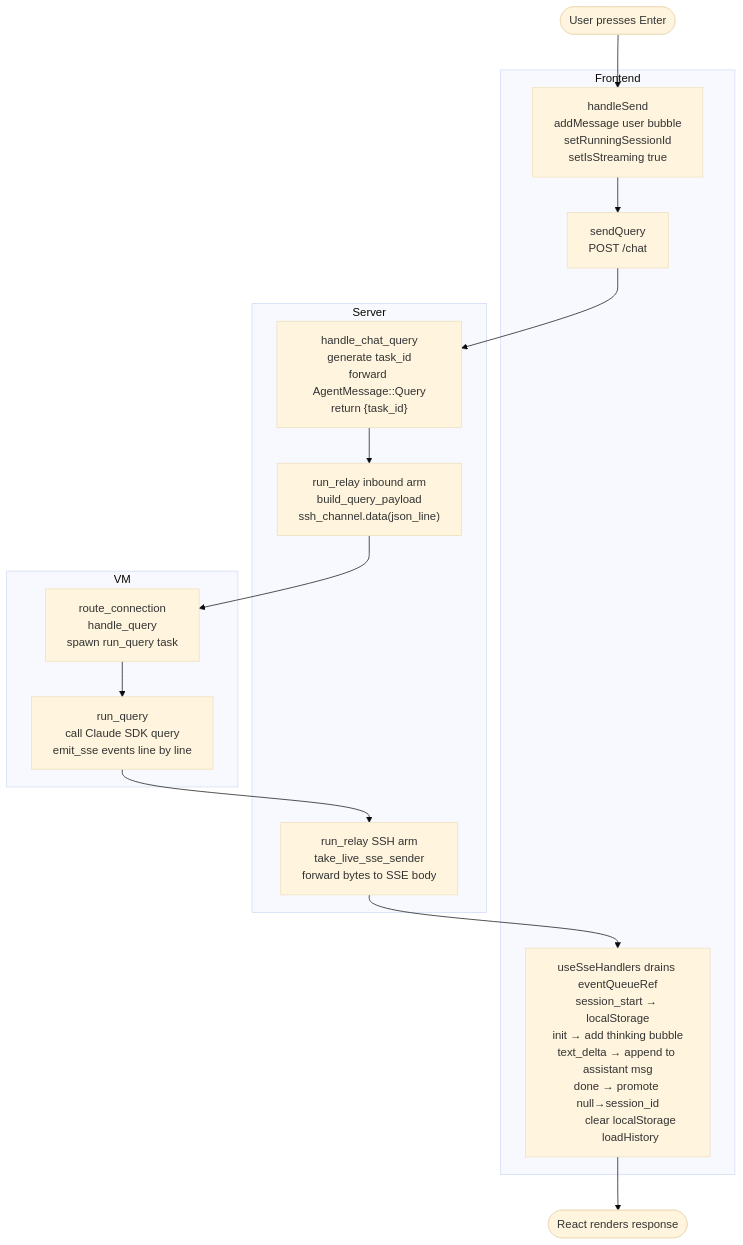
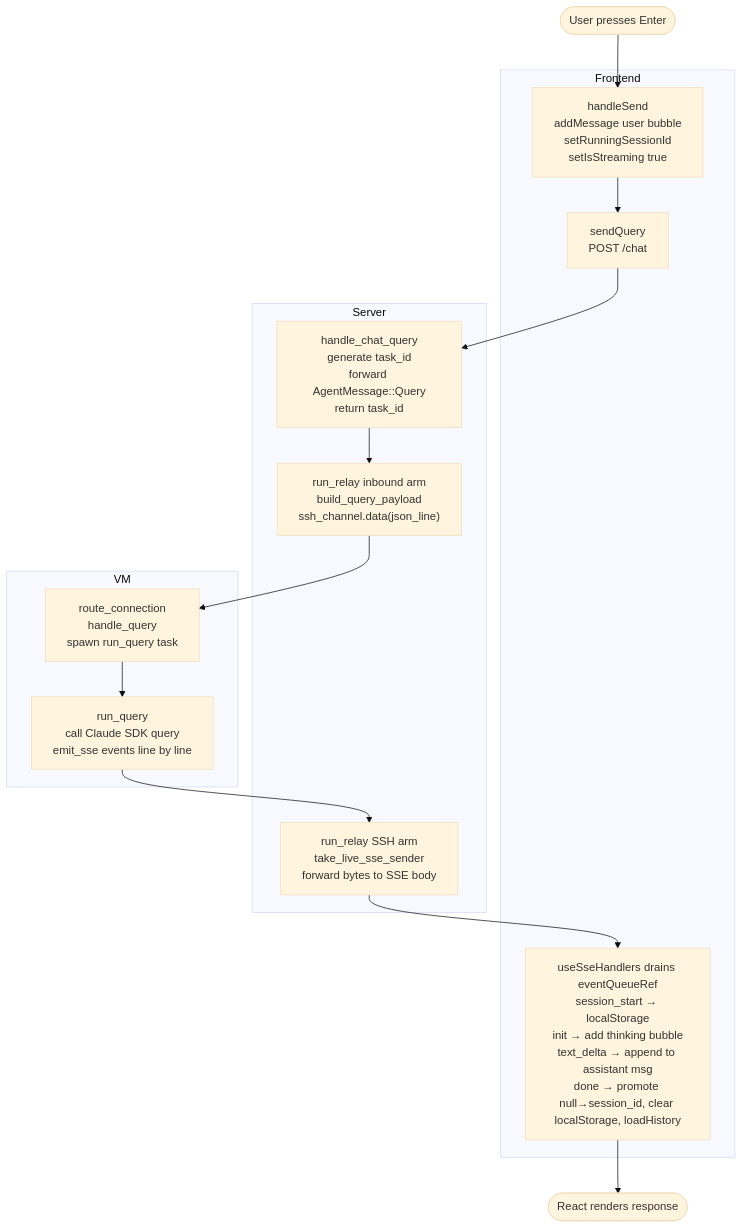
The seventh of 7 diagrams in docs/chat-architecture.md (henrywong-crypto/chat-test3), drawn with Mermaid (base theme) before and after one commit. The commit also changed other lines of this file and 2 other files, not shown here.

````diff
--- a/docs/chat-architecture.md
+++ b/docs/chat-architecture.md
@@ -461,25 +461,25 @@
 ```mermaid
 flowchart TD
     A([User presses Enter]) --> B
 
     subgraph Frontend
-        B["handleSend\naddMessage user bubble\nsetRunningSessionId\nsetIsStreaming true"]
-        B --> C["sendQuery\nPOST /chat"]
-        N["useSseHandlers drains eventQueueRef\nsession_start → localStorage\ninit → add thinking bubble\ntext_delta → append to assistant msg\ndone → promote null→session_id\n        clear localStorage\n        loadHistory"]
+        B["handleSend<br/>addMessage user bubble<br/>setRunningSessionId<br/>setIsStreaming true"]
+        B --> C["sendQuery<br/>POST /chat"]
+        N["useSseHandlers drains eventQueueRef<br/>session_start → localStorage<br/>init → add thinking bubble<br/>text_delta → append to assistant msg<br/>done → promote null→session_id, clear localStorage, loadHistory"]
     end
 
     subgraph Server
-        C --> D["handle_chat_query\ngenerate task_id\nforward AgentMessage::Query\nreturn {task_id}"]
-        D --> E["run_relay inbound arm\nbuild_query_payload\nssh_channel.data(json_line)"]
-        F["run_relay SSH arm\ntake_live_sse_sender\nforward bytes to SSE body"]
+        C --> D["handle_chat_query<br/>generate task_id<br/>forward AgentMessage::Query<br/>return task_id"]
+        D --> E["run_relay inbound arm<br/>build_query_payload<br/>ssh_channel.data(json_line)"]
+        F["run_relay SSH arm<br/>take_live_sse_sender<br/>forward bytes to SSE body"]
     end
 
     subgraph VM
-        E --> G["route_connection\nhandle_query\nspawn run_query task"]
-        G --> H["run_query\ncall Claude SDK query\nemit_sse events line by line"]
+        E --> G["route_connection<br/>handle_query<br/>spawn run_query task"]
+        G --> H["run_query<br/>call Claude SDK query<br/>emit_sse events line by line"]
         H --> F
     end
 
     F --> N
     N --> Z([React renders response])
 ```
````
